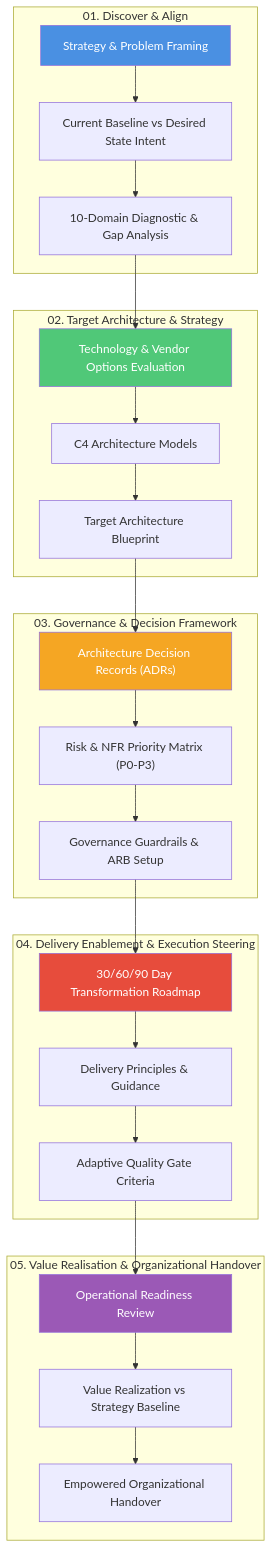
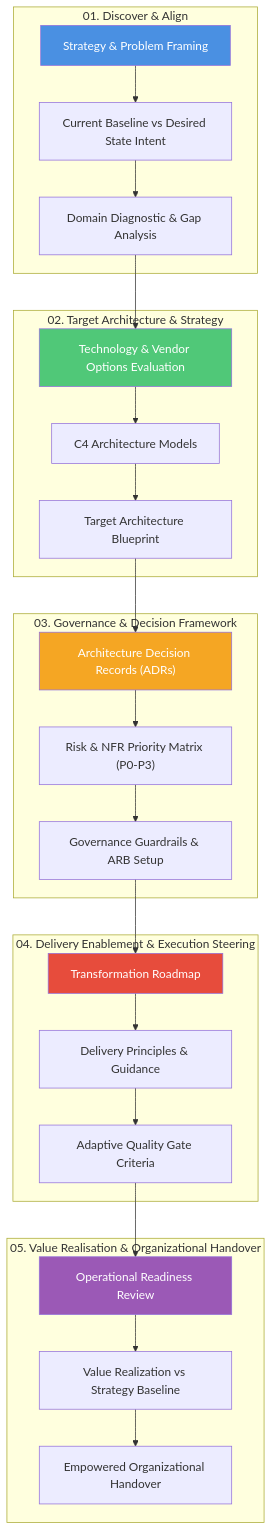
Before and after one commit to avfranco-br/portfolio: the first of 2 diagrams in docs/sop/index.md, drawn with Mermaid. The commit also changed other lines of this file and 7 other files, not shown here.

````diff
--- a/docs/sop/index.md
+++ b/docs/sop/index.md
@@ -19,44 +19,44 @@
 ```mermaid
 graph TD
     subgraph "01. Discover & Align"
         S1["Strategy & Problem Framing"]
         S2["Current Baseline vs Desired State Intent"]
-        S3["10-Domain Diagnostic & Gap Analysis"]
+        S3["Domain Diagnostic & Gap Analysis"]
     end
 
     subgraph "02. Target Architecture & Strategy"
         A1["Technology & Vendor Options Evaluation"]
         A2["C4 Architecture Models"]
         A3["Target Architecture Blueprint"]
     end
 
     subgraph "03. Governance & Decision Framework"
         G1["Architecture Decision Records (ADRs)"]
         G2["Risk & NFR Priority Matrix (P0-P3)"]
         G3["Governance Guardrails & ARB Setup"]
     end
 
     subgraph "04. Delivery Enablement & Execution Steering"
-        D1["30/60/90 Day Transformation Roadmap"]
+        D1["Transformation Roadmap"]
         D2["Delivery Principles & Guidance"]
         D3["Adaptive Quality Gate Criteria"]
     end
 
     subgraph "05. Value Realisation & Organizational Handover"
         E1["Operational Readiness Review"]
         E2["Value Realization vs Strategy Baseline"]
         E3["Empowered Organizational Handover"]
     end
 
     S1 --> S2 --> S3 --> A1
     A1 --> A2 --> A3 --> G1
     G1 --> G2 --> G3 --> D1
     D1 --> D2 --> D3 --> E1
     E1 --> E2 --> E3
 
     style S1 fill:#4A90E2,color:#fff
     style A1 fill:#50C878,color:#fff
     style G1 fill:#F5A623,color:#fff
     style D1 fill:#E74C3C,color:#fff
     style E1 fill:#9B59B6,color:#fff
 ```
````
